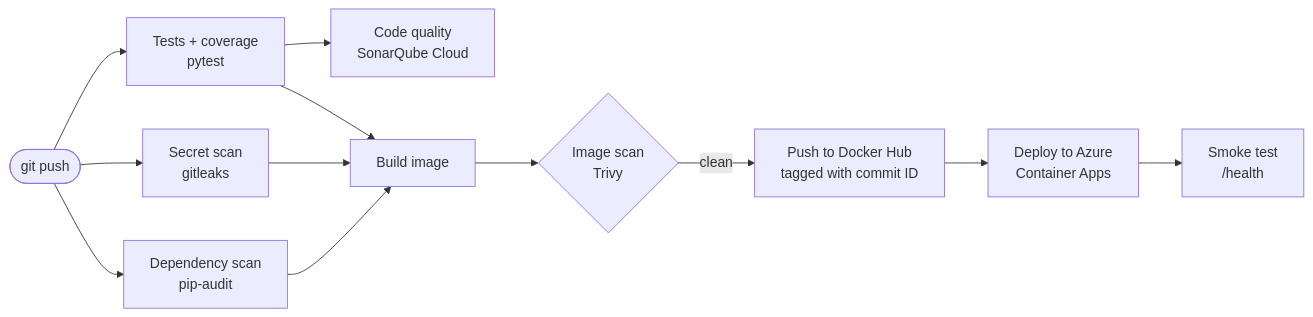
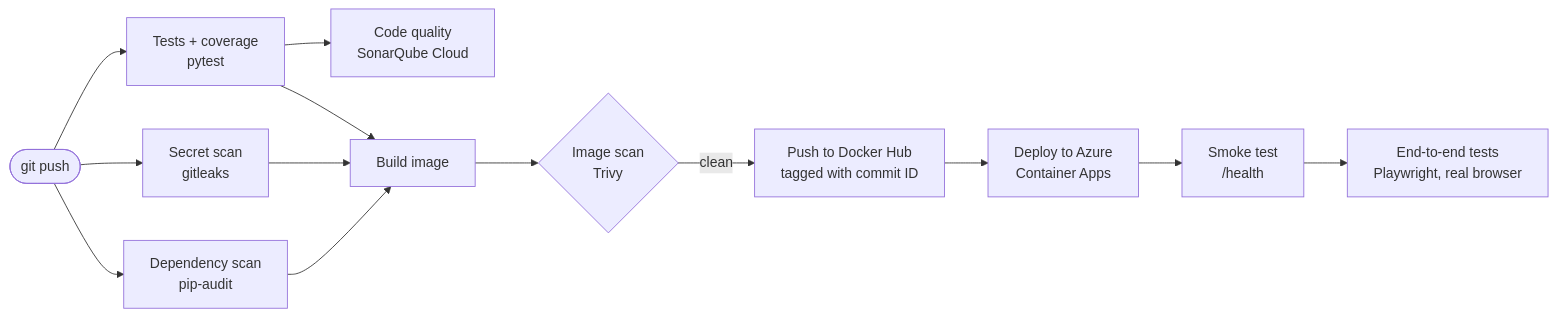
The second of 3 diagrams in README.md (joinsrikanth945/Wealth-agentic-rag), drawn with Mermaid before and after one commit. The commit also changed other lines of this file and 3 other files, not shown here.

Commit message:
Add Playwright end-to-end tests against the live deployment

````diff
--- a/README.md
+++ b/README.md
@@ -292,14 +301,15 @@
 ```mermaid
 flowchart LR
     P([git push]) --> T[Tests + coverage<br/>pytest]
     P --> S[Secret scan<br/>gitleaks]
     P --> D[Dependency scan<br/>pip-audit]
     T --> Q[Code quality<br/>SonarQube Cloud]
     T --> B
     S --> B
     D --> B[Build image]
     B --> V{Image scan<br/>Trivy}
     V -->|clean| H[Push to Docker Hub<br/>tagged with commit ID]
     H --> A[Deploy to Azure<br/>Container Apps]
     A --> K[Smoke test<br/>/health]
+    K --> E[End-to-end tests<br/>Playwright, real browser]
 ```
````
